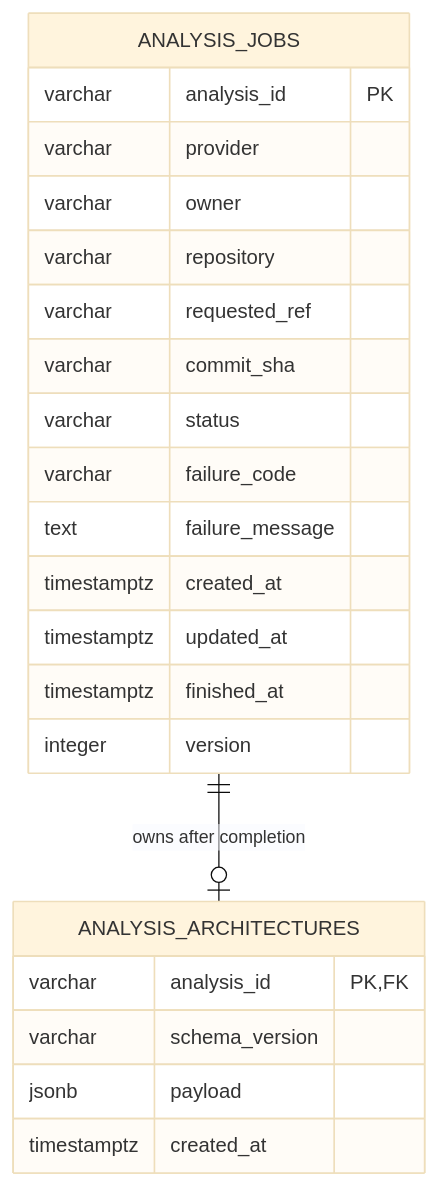
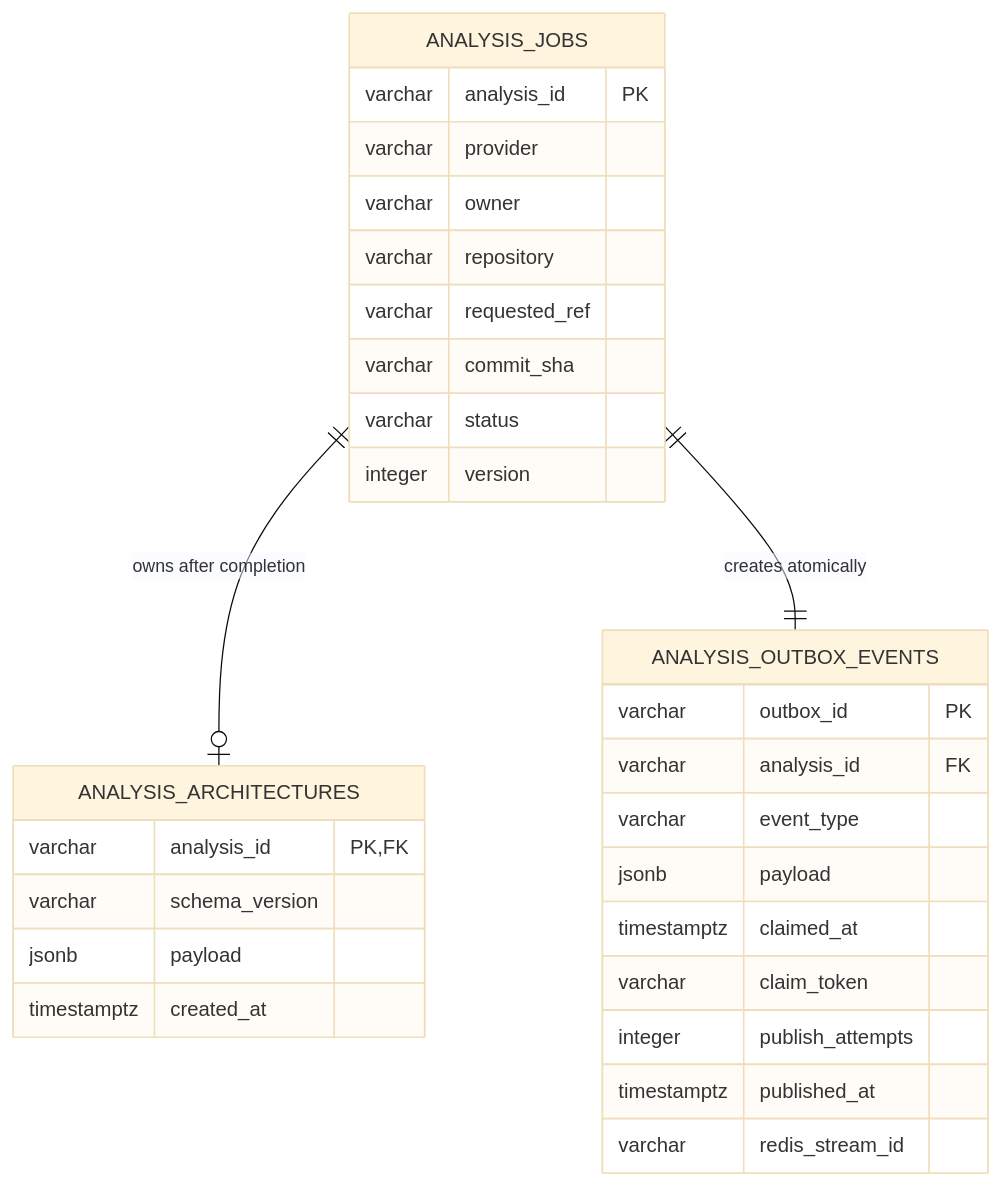
The diagram in docs/api/analysis-storage.md (Sukhnoor1234/RepoLume), drawn with Mermaid (base theme) before and after one commit. The commit also changed other lines of this file and 25 other files, not shown here.

````diff
--- a/docs/api/analysis-storage.md
+++ b/docs/api/analysis-storage.md
@@ -14,25 +12,32 @@
 ```mermaid
 erDiagram
     ANALYSIS_JOBS ||--o| ANALYSIS_ARCHITECTURES : "owns after completion"
+    ANALYSIS_JOBS ||--|| ANALYSIS_OUTBOX_EVENTS : "creates atomically"
     ANALYSIS_JOBS {
         varchar analysis_id PK
         varchar provider
         varchar owner
         varchar repository
         varchar requested_ref
         varchar commit_sha
         varchar status
-        varchar failure_code
-        text failure_message
-        timestamptz created_at
-        timestamptz updated_at
-        timestamptz finished_at
         integer version
     }
     ANALYSIS_ARCHITECTURES {
         varchar analysis_id PK,FK
         varchar schema_version
         jsonb payload
         timestamptz created_at
     }
+    ANALYSIS_OUTBOX_EVENTS {
+        varchar outbox_id PK
+        varchar analysis_id FK
+        varchar event_type
+        jsonb payload
+        timestamptz claimed_at
+        varchar claim_token
+        integer publish_attempts
+        timestamptz published_at
+        varchar redis_stream_id
+    }
 ```
````
